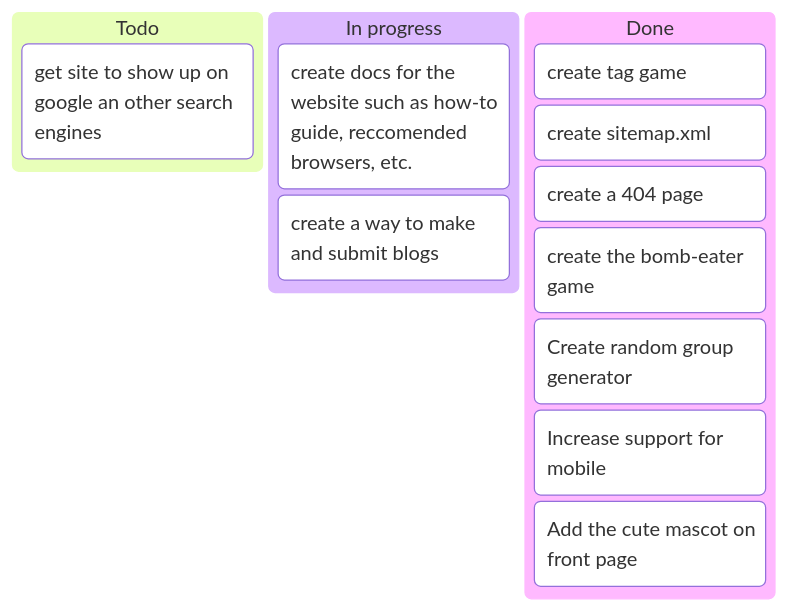
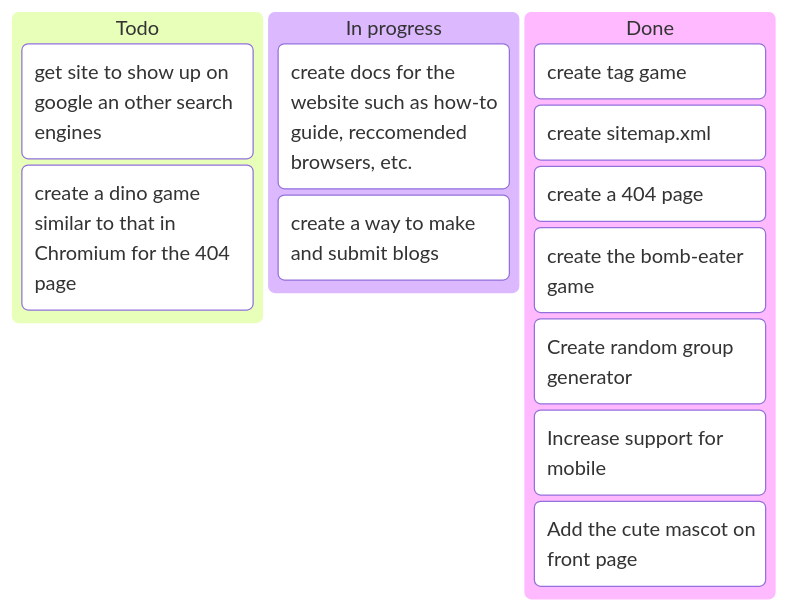
One commit to MrCheesie/alris_games changed the diagram in README.md. Above: the diagram before and after it, drawn with Mermaid. The commit also changed other lines of this file, not shown here.

````diff
--- a/README.md
+++ b/README.md
@@ -62,17 +96,18 @@
 ```mermaid
 kanban
   Todo
     [get site to show up on google an other search engines]
+    [create a dino game similar to that in Chromium for the 404 page]
   In progress
     [create docs for the website such as how-to guide, reccomended browsers, etc.]
     [create a way to make and submit blogs]
   
   Done
     [create tag game]
     [create sitemap.xml]
     [create a 404 page]
     [create the bomb-eater game]
     [Create random group generator]
     [Increase support for mobile]
     [Add the cute mascot on front page]
 ```
````
